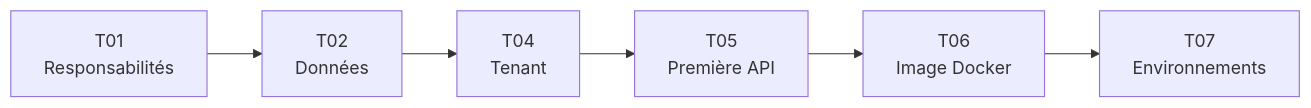
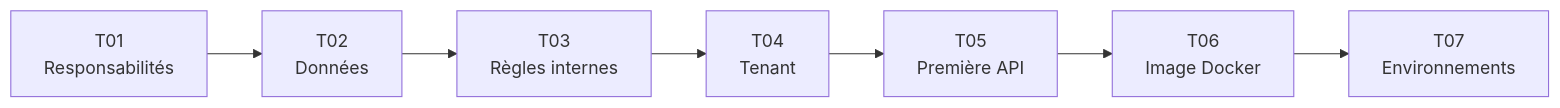
One commit to amrine/from-dev-to-architect changed the third of 11 diagrams in slidev/pages/weeks/W001.md. Above: the diagram before and after it, drawn with Mermaid. The commit also changed other lines of this file and 11 other files, not shown here.

Commit message:
feat(w001-t03): enforce architecture rules and document them in Slidev (#5)

````diff
--- a/slidev/pages/weeks/W001.md
+++ b/slidev/pages/weeks/W001.md
@@ -473,8 +470,9 @@
 ```mermaid {scale: 0.66}
 flowchart LR
   T01["T01<br/>Responsabilités"] --> T02["T02<br/>Données"]
-  T02 --> T04["T04<br/>Tenant"]
+  T02 --> T03["T03<br/>Règles internes"]
+  T03 --> T04["T04<br/>Tenant"]
   T04 --> T05["T05<br/>Première API"]
   T05 --> T06["T06<br/>Image Docker"]
   T06 --> T07["T07<br/>Environnements"]
 ```
````
